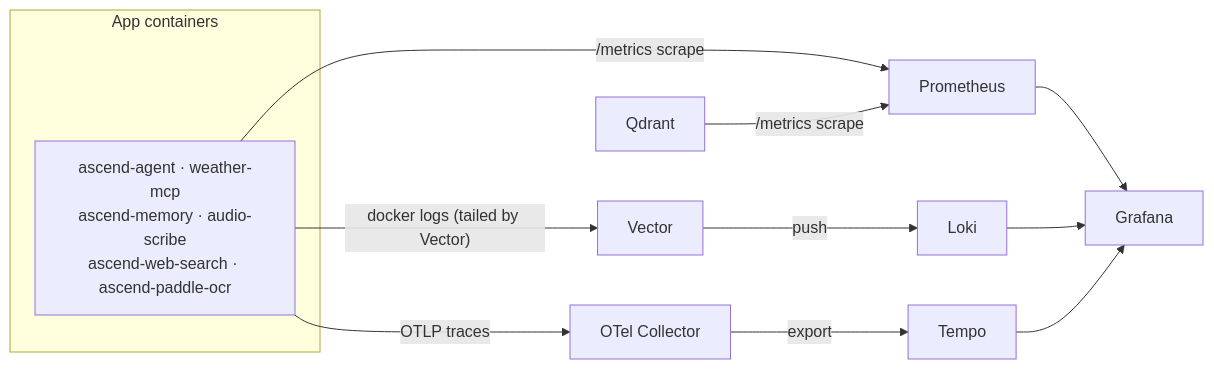
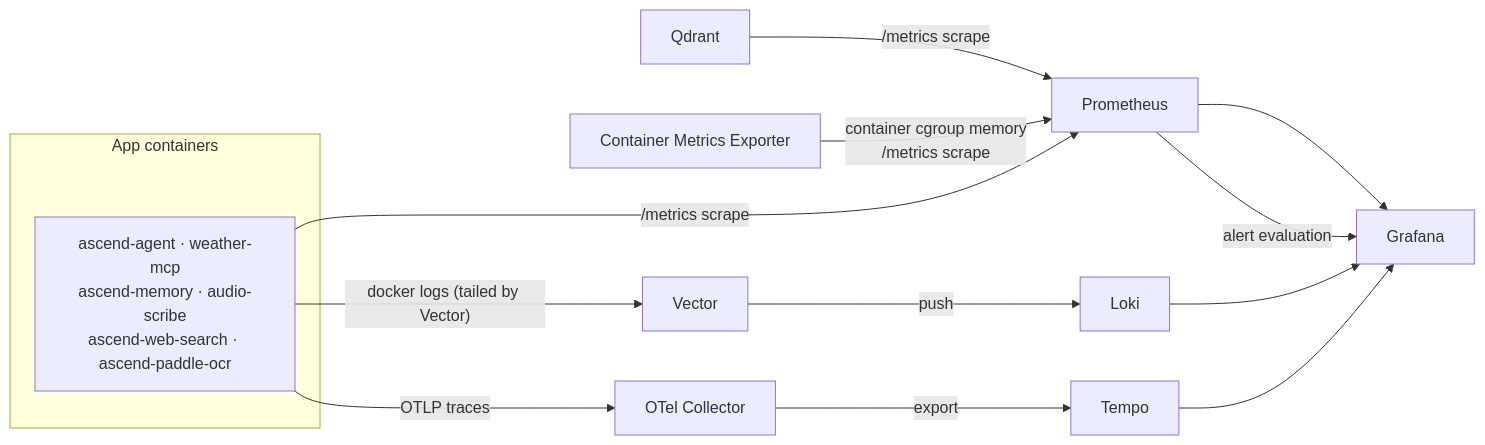
One commit to Lukk17/AscendAI changed the diagram in observability/README.md. Above: the diagram before and after it, drawn with Mermaid. The commit also changed other lines of this file and 8 other files, not shown here.

````diff
--- a/observability/README.md
+++ b/observability/README.md
@@ -16,19 +15,21 @@
 ```mermaid
 graph LR
     subgraph "App containers"
         SVC["ascend-agent · weather-mcp<br/>ascend-memory · audio-scribe<br/>ascend-web-search · ascend-paddle-ocr"]
     end
 
     SVC -->|"/metrics scrape"| PROM["Prometheus"]
     QD["Qdrant"] -->|"/metrics scrape"| PROM
+    CADV["Container Metrics Exporter"] -->|"container cgroup memory<br/>/metrics scrape"| PROM
 
     SVC -->|"docker logs (tailed by Vector)"| VEC["Vector"]
     VEC -->|"push"| LOKI["Loki"]
 
     SVC -->|"OTLP traces"| OTEL["OTel Collector"]
     OTEL -->|"export"| TEMPO["Tempo"]
 
     PROM --> GRAF["Grafana"]
     LOKI --> GRAF
     TEMPO --> GRAF
+    PROM -->|"alert evaluation"| GRAF
 ```
````
